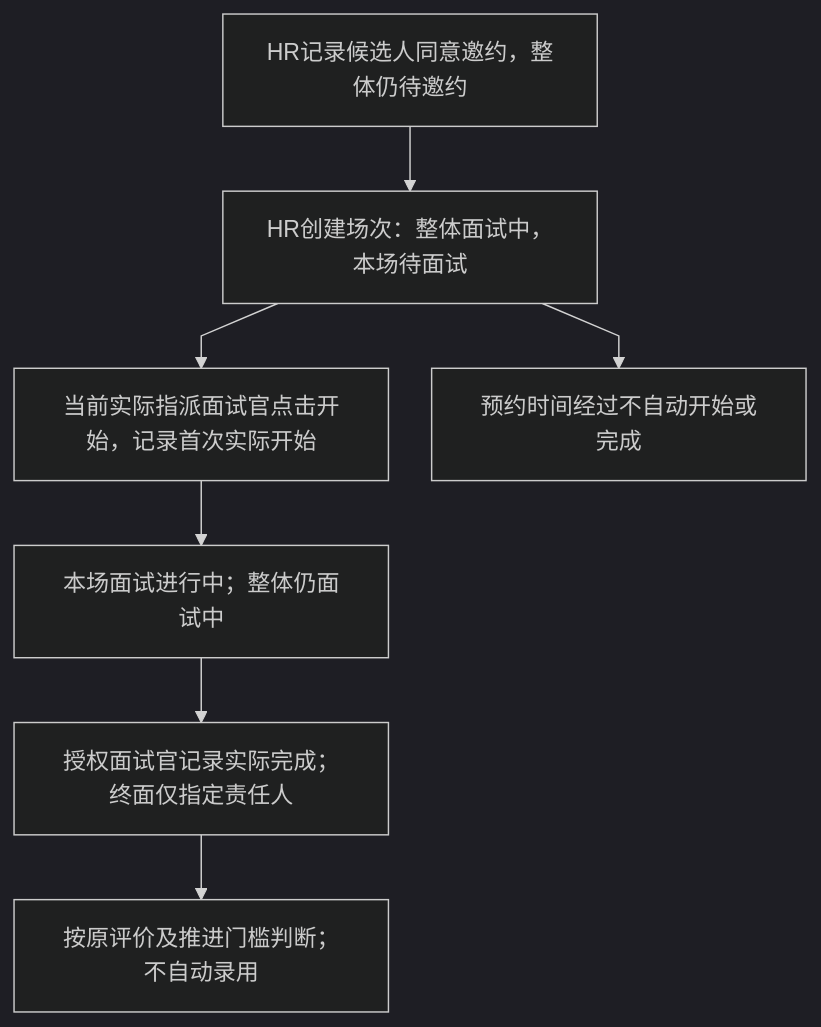
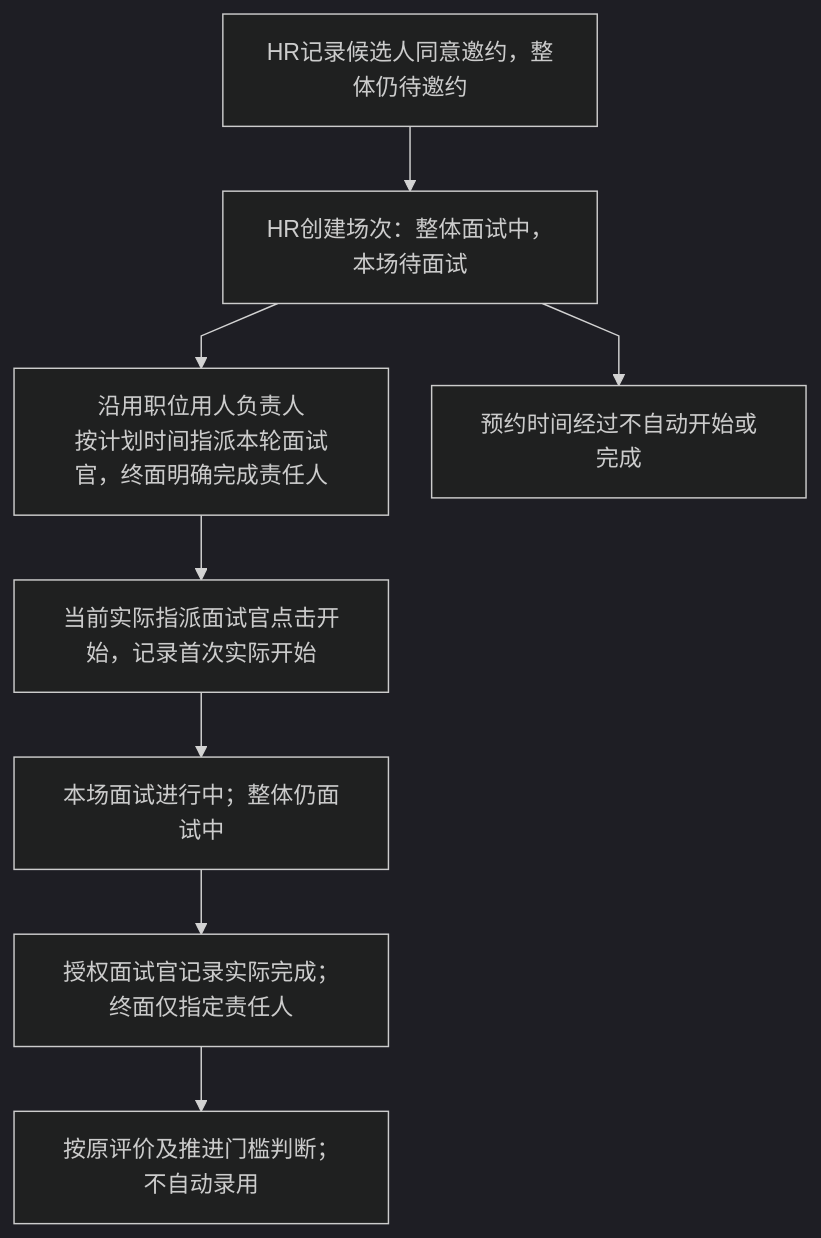
One commit to leidaibo-lab/pm-hrm changed diagram 16 of 21 in docs/output/招聘管理PRD.md. Above: the diagram before and after it, drawn with Mermaid (dark theme). The commit also changed other lines of this file and 17 other files, not shown here.

````diff
--- a/docs/output/招聘管理PRD.md
+++ b/docs/output/招聘管理PRD.md
@@ -1723,10 +1713,11 @@
 ```mermaid
 %%{init: {"flowchart":{"curve":"linear","nodeSpacing":30,"rankSpacing":45,"diagramPadding":16,"wrappingWidth":200},"sequence":{"mirrorActors":false,"actorMargin":45,"messageMargin":30,"noteMargin":12,"wrap":false},"er":{"diagramPadding":16,"minEntityWidth":130,"minEntityHeight":45}}}%%
 flowchart TB
     A["HR记录候选人同意邀约，整体仍待邀约"] --> B["HR创建场次：整体面试中，本场待面试"]
-    B --> C["当前实际指派面试官点击开始，记录首次实际开始"]
+    B --> Assign["沿用职位用人负责人<br/>按计划时间指派本轮面试官，终面明确完成责任人"]
+    Assign --> C["当前实际指派面试官点击开始，记录首次实际开始"]
     C --> D["本场面试进行中；整体仍面试中"]
     D --> E["授权面试官记录实际完成；终面仅指定责任人"]
     E --> F["按原评价及推进门槛判断；不自动录用"]
     B --> G["预约时间经过不自动开始或完成"]
 ```
````
